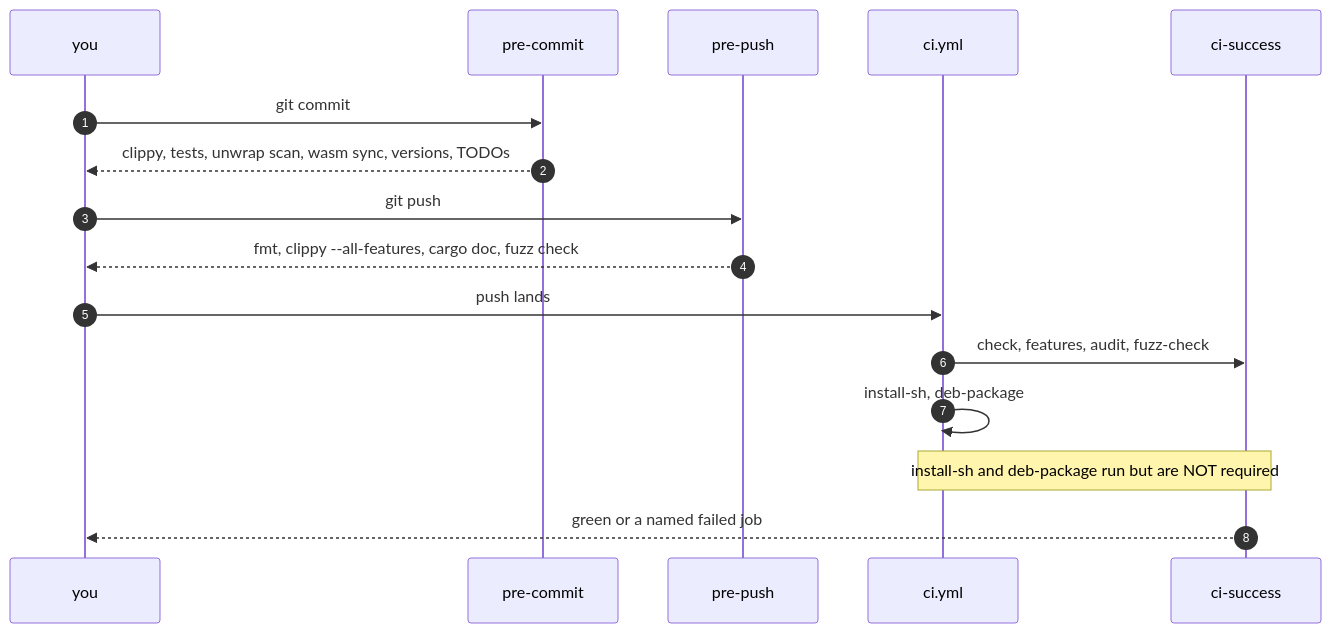
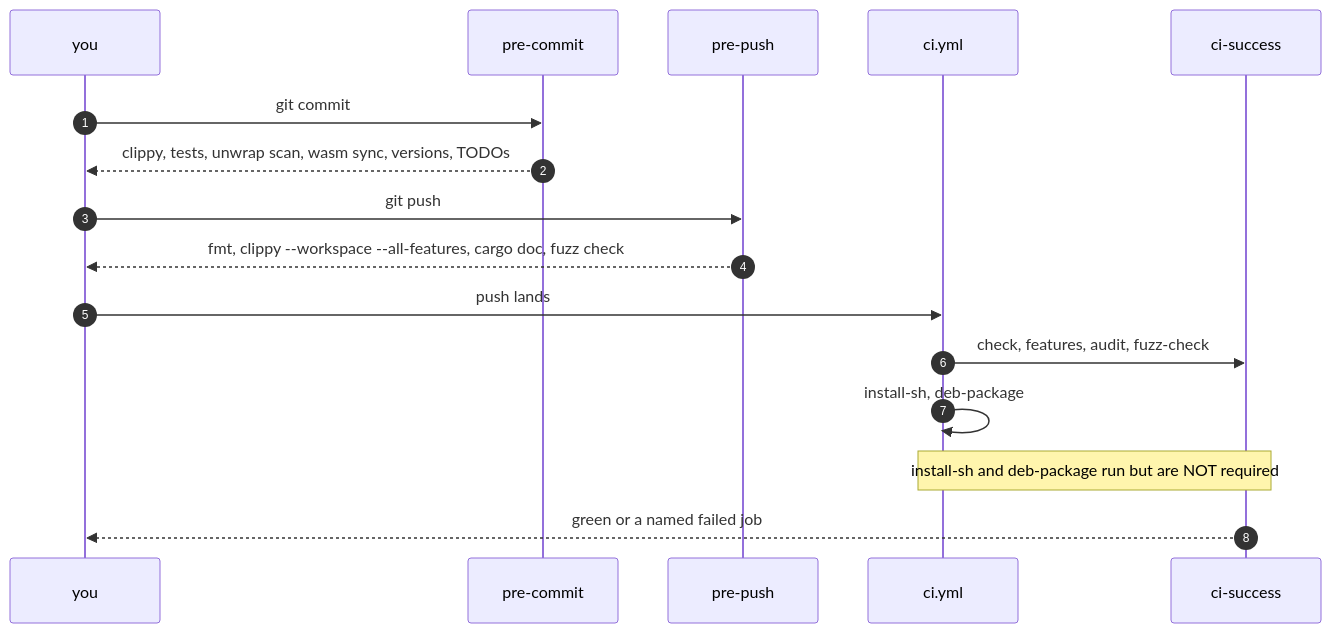
Before and after one commit to NormB/sipnab: the second of 2 diagrams in docs/internals/build-ci-release.md, drawn with Mermaid. The commit also changed other lines of this file and 10 other files, not shown here.

````diff
--- a/docs/internals/build-ci-release.md
+++ b/docs/internals/build-ci-release.md
@@ -703,19 +703,19 @@
 ```mermaid
 sequenceDiagram
     autonumber
     participant Dev as you
     participant PC as pre-commit
     participant PP as pre-push
     participant CI as ci.yml
     participant Agg as ci-success
 
     Dev->>PC: git commit
     PC-->>Dev: clippy, tests, unwrap scan, wasm sync, versions, TODOs
     Dev->>PP: git push
-    PP-->>Dev: fmt, clippy --all-features, cargo doc, fuzz check
+    PP-->>Dev: fmt, clippy --workspace --all-features, cargo doc, fuzz check
     Dev->>CI: push lands
     CI->>Agg: check, features, audit, fuzz-check
     CI->>CI: install-sh, deb-package
     Note over CI,Agg: install-sh and deb-package run but are NOT required
     Agg-->>Dev: green or a named failed job
 ```
````
